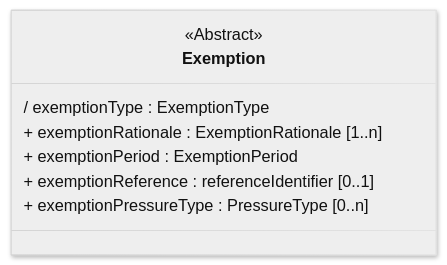
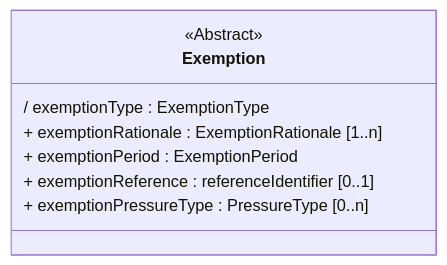
Before and after one commit to eeadata/WISE.WFD.Documentation: the second of 11 diagrams in docs/DataModelReview/WFDExemptions.md, drawn with Mermaid. The commit also changed other lines of this file and 1 other file, not shown here.

Commit message:
Moving the flowchart to a separate file.

````diff
--- a/docs/DataModelReview/WFDExemptions.md
+++ b/docs/DataModelReview/WFDExemptions.md
@@ -86,19 +76,10 @@
 ```{mermaid}
----
-config:
-  class:
-    hideEmptyMembersBox: true
-  layout: dagre
-  theme: neutral
-  look: neo
-title: 
----
 classDiagram
 class Exemption <<Abstract>>{
     / exemptionType : ExemptionType
     + exemptionRationale : ExemptionRationale [1..n]
     + exemptionPeriod : ExemptionPeriod
     + exemptionReference : referenceIdentifier [0..1]
 	+ exemptionPressureType : PressureType [0..n]
 }
 ```
````
